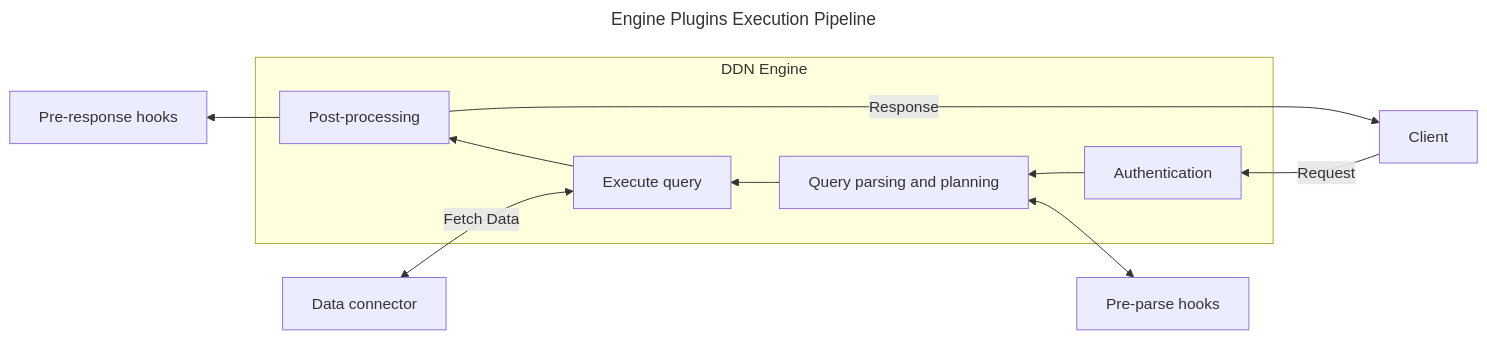
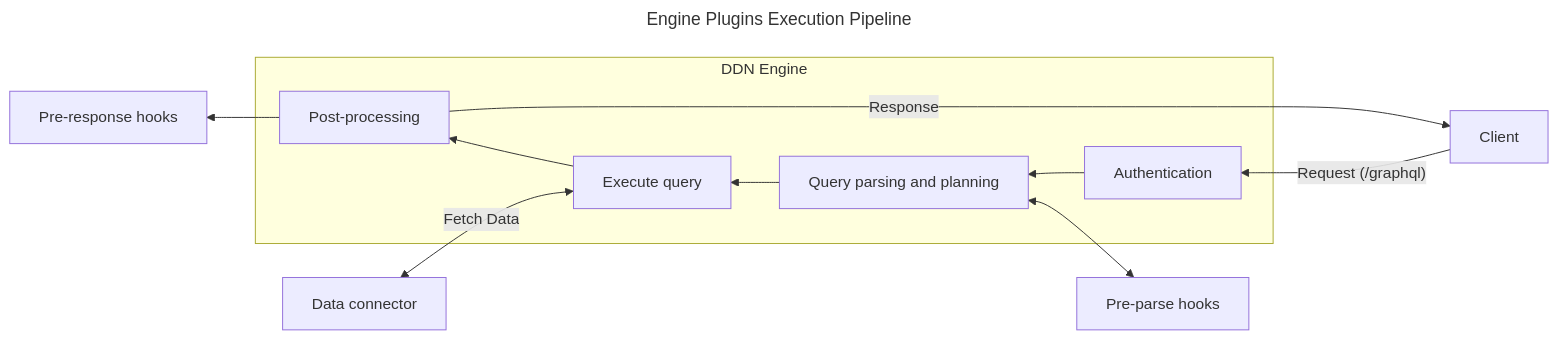
The first of 5 diagrams in docs/plugins/introduction.mdx (hasura/ddn-docs), drawn with Mermaid before and after one commit. The commit also changed other lines of this file and 4 other files, not shown here.

````diff
--- a/docs/plugins/introduction.mdx
+++ b/docs/plugins/introduction.mdx
@@ -38,22 +38,22 @@
 ```mermaid
 ---
 title: Engine Plugins Execution Pipeline
 ---
 graph RL
-    Client[Client] -->|Request| Authentication
+    Client[Client] -->|"Request (/graphql)"| Authentication
     Authentication --> Query_Parsing_and_Planning["Query parsing and planning"]
     Query_Parsing_and_Planning --> Execute_Query["Execute query"]
     Execute_Query <-->|Fetch Data| Data_Connector["Data connector"]
     Execute_Query --> Post_Processing["Post-processing"]
     Post_Processing --> Pre_Response_Hooks["Pre-response hooks"]
     Post_Processing -->|Response| Client
 
     subgraph DDN Engine
         Authentication
         Query_Parsing_and_Planning
         Execute_Query
         Post_Processing
     end
 
     Pre_Parse_Hooks["Pre-parse hooks"] <--> Query_Parsing_and_Planning
 ```
````
